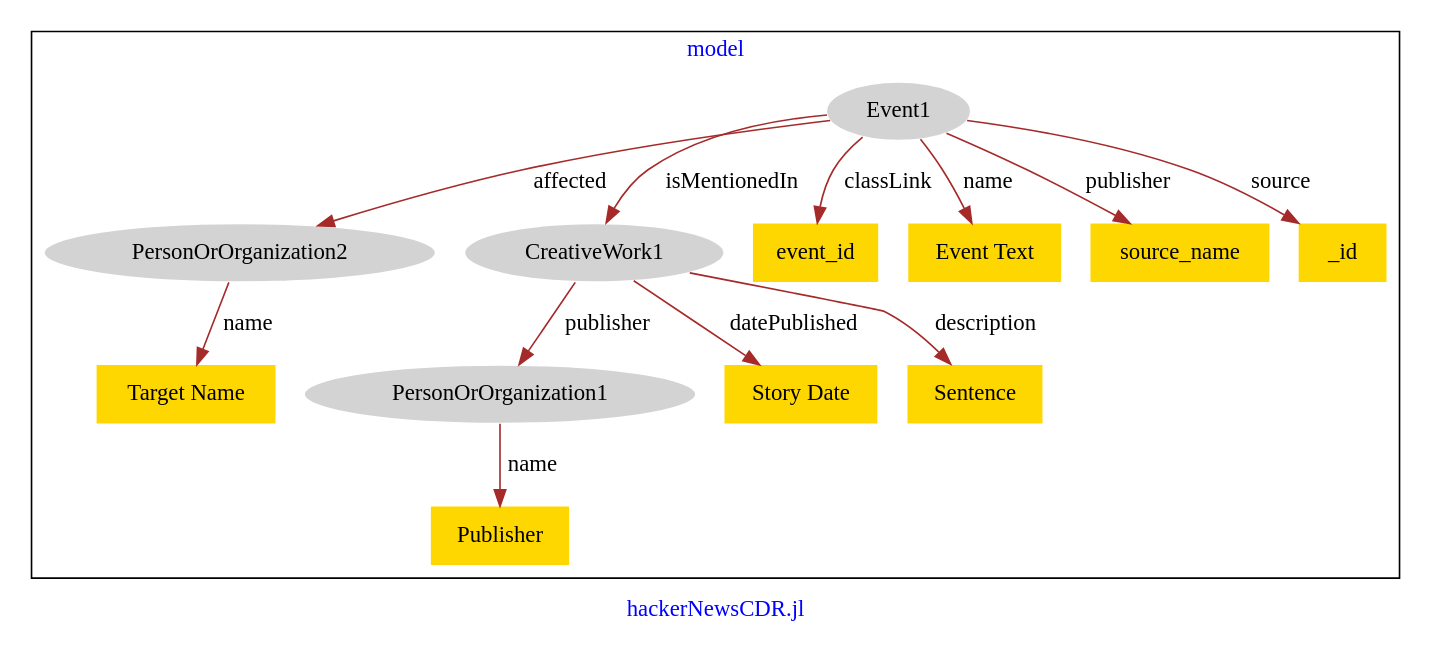
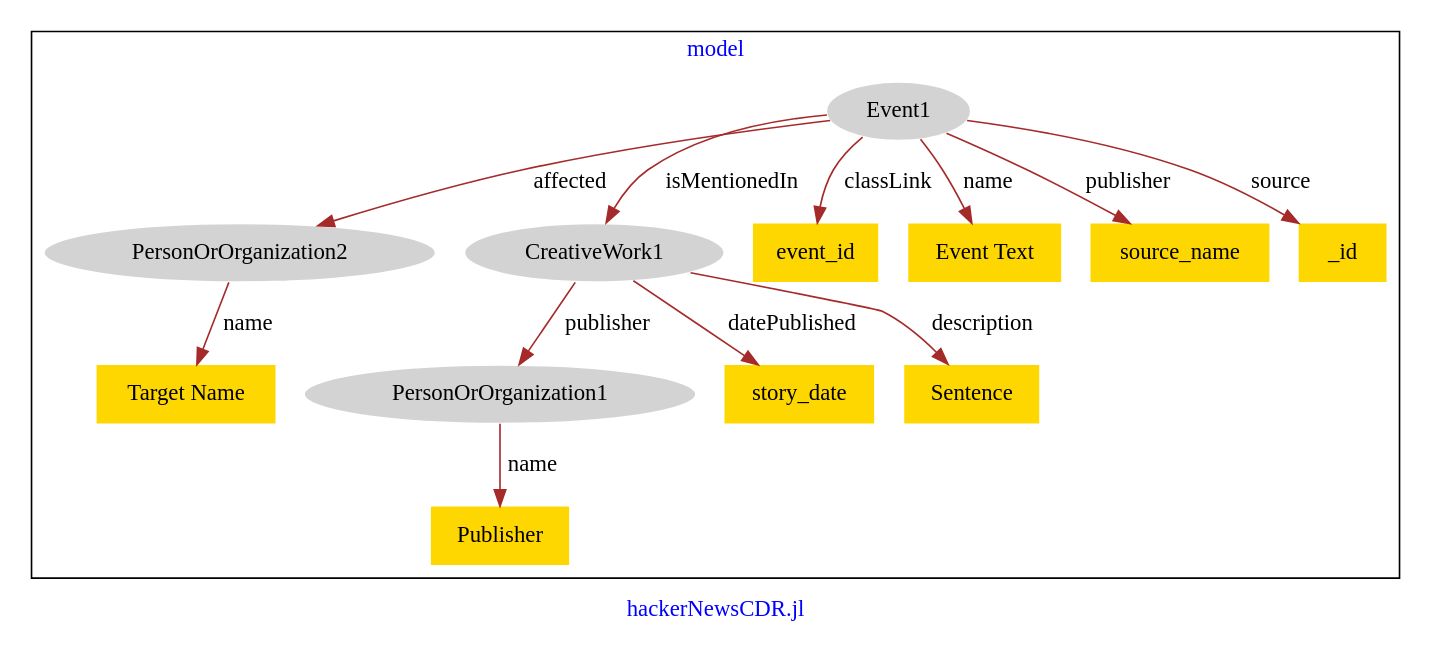
Before and after one commit to usc-isi-i2/effect-alignment: the diagram in models/lockheed-hackernews/hackerNewsCDR.jl-model.dot, drawn with Graphviz.

Commit message:
Update file hackerNewsCDR.jl-model.dot

```diff
--- a/models/lockheed-hackernews/hackerNewsCDR.jl-model.dot
+++ b/models/lockheed-hackernews/hackerNewsCDR.jl-model.dot
@@ -1,31 +1,31 @@
 digraph n0 {
 fontcolor="blue"
 remincross="true"
 label="hackerNewsCDR.jl"
 subgraph cluster {
 label="model"
 n2[style="filled",color="white",fillcolor="lightgray",label="PersonOrOrganization1"];
 n3[shape="plaintext",style="filled",fillcolor="gold",label="Publisher"];
 n4[style="filled",color="white",fillcolor="lightgray",label="PersonOrOrganization2"];
 n5[shape="plaintext",style="filled",fillcolor="gold",label="Target Name"];
 n6[style="filled",color="white",fillcolor="lightgray",label="CreativeWork1"];
-n7[shape="plaintext",style="filled",fillcolor="gold",label="Story Date"];
+n7[shape="plaintext",style="filled",fillcolor="gold",label="story_date"];
 n8[shape="plaintext",style="filled",fillcolor="gold",label="Sentence"];
 n9[style="filled",color="white",fillcolor="lightgray",label="Event1"];
 n10[shape="plaintext",style="filled",fillcolor="gold",label="event_id"];
 n11[shape="plaintext",style="filled",fillcolor="gold",label="Event Text"];
 n12[shape="plaintext",style="filled",fillcolor="gold",label="source_name"];
 n13[shape="plaintext",style="filled",fillcolor="gold",label="_id"];
 }
 n2 -> n3[color="brown",fontcolor="black",label="name"]
 n4 -> n5[color="brown",fontcolor="black",label="name"]
 n6 -> n7[color="brown",fontcolor="black",label="datePublished"]
 n6 -> n8[color="brown",fontcolor="black",label="description"]
 n6 -> n2[color="brown",fontcolor="black",label="publisher"]
 n9 -> n10[color="brown",fontcolor="black",label="classLink"]
 n9 -> n4[color="brown",fontcolor="black",label="affected"]
 n9 -> n6[color="brown",fontcolor="black",label="isMentionedIn"]
 n9 -> n11[color="brown",fontcolor="black",label="name"]
 n9 -> n12[color="brown",fontcolor="black",label="publisher"]
 n9 -> n13[color="brown",fontcolor="black",label="source"]
 }
```
